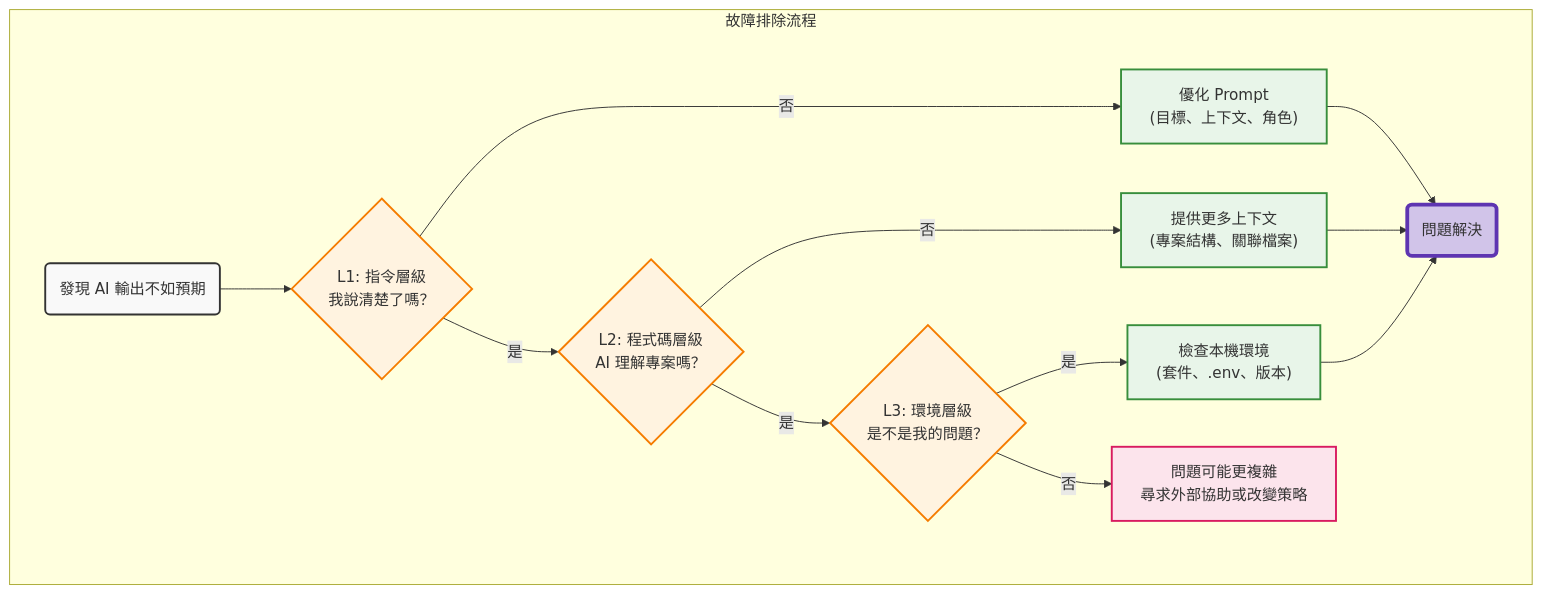
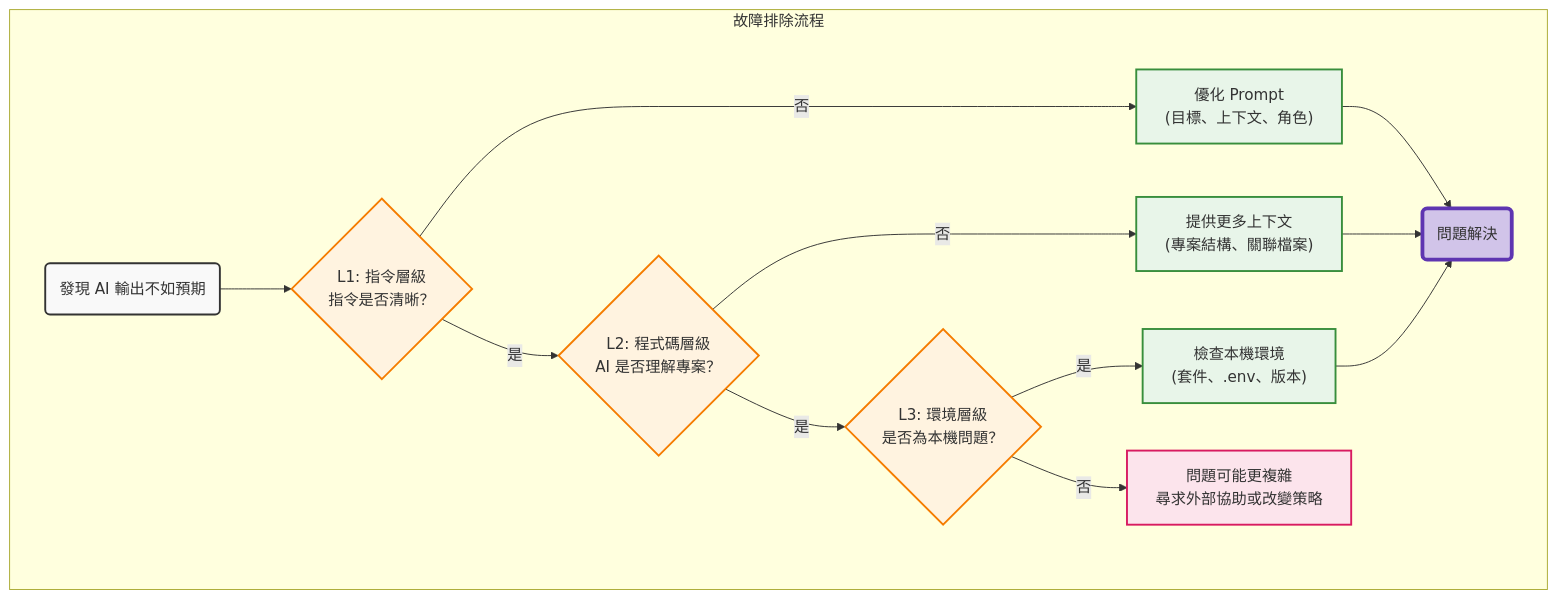
Before and after one commit to zaoldyeck/vibe-coding-handbook: diagram 12 of 12 in README.md, drawn with Mermaid. The commit also changed other lines of this file, not shown here.

````diff
--- a/README.md
+++ b/README.md
@@ -732,27 +732,27 @@
 ```mermaid
 graph TD
     subgraph "故障排除流程"
-        Start("發現 AI 輸出不如預期") --> L1{"L1: 指令層級<br/>我說清楚了嗎？"};
-        L1 -- "是" --> L2{"L2: 程式碼層級<br/>AI 理解專案嗎？"};
+        Start("發現 AI 輸出不如預期") --> L1{"L1: 指令層級<br/>指令是否清晰？"};
+        L1 -- "是" --> L2{"L2: 程式碼層級<br/>AI 是否理解專案？"};
         L1 -- "否" --> Fix1["優化 Prompt<br/>(目標、上下文、角色)"];
         Fix1 --> Solved("問題解決");
 
-        L2 -- "是" --> L3{"L3: 環境層級<br/>是不是我的問題？"};
+        L2 -- "是" --> L3{"L3: 環境層級<br/>是否為本機問題？"};
         L2 -- "否" --> Fix2["提供更多上下文<br/>(專案結構、關聯檔案)"];
         Fix2 --> Solved;
 
         L3 -- "是" --> Fix3["檢查本機環境<br/>(套件、.env、版本)"];
         L3 -- "否" --> Escalate["問題可能更複雜<br/>尋求外部協助或改變策略"];
         Fix3 --> Solved;
     end
 
     style Start fill:#f9f9f9,stroke:#333,stroke-width:2px
     style L1 fill:#fff3e0,stroke:#f57c00,stroke-width:2px
     style L2 fill:#fff3e0,stroke:#f57c00,stroke-width:2px
     style L3 fill:#fff3e0,stroke:#f57c00,stroke-width:2px
     style Fix1 fill:#e8f5e9,stroke:#388e3c,stroke-width:2px
     style Fix2 fill:#e8f5e9,stroke:#388e3c,stroke-width:2px
     style Fix3 fill:#e8f5e9,stroke:#388e3c,stroke-width:2px
     style Solved fill:#d1c4e9,stroke:#5e35b1,stroke-width:4px
     style Escalate fill:#fce4ec,stroke:#d81b60,stroke-width:2px
 ```
````
